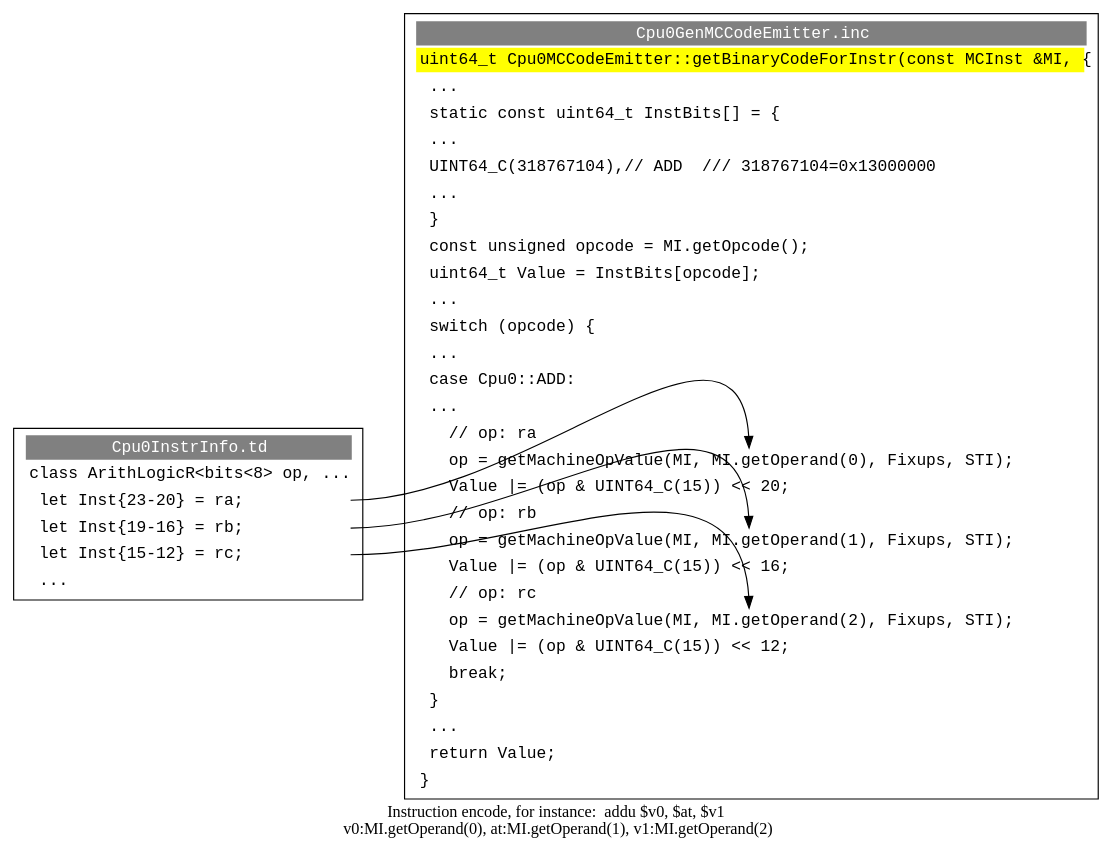
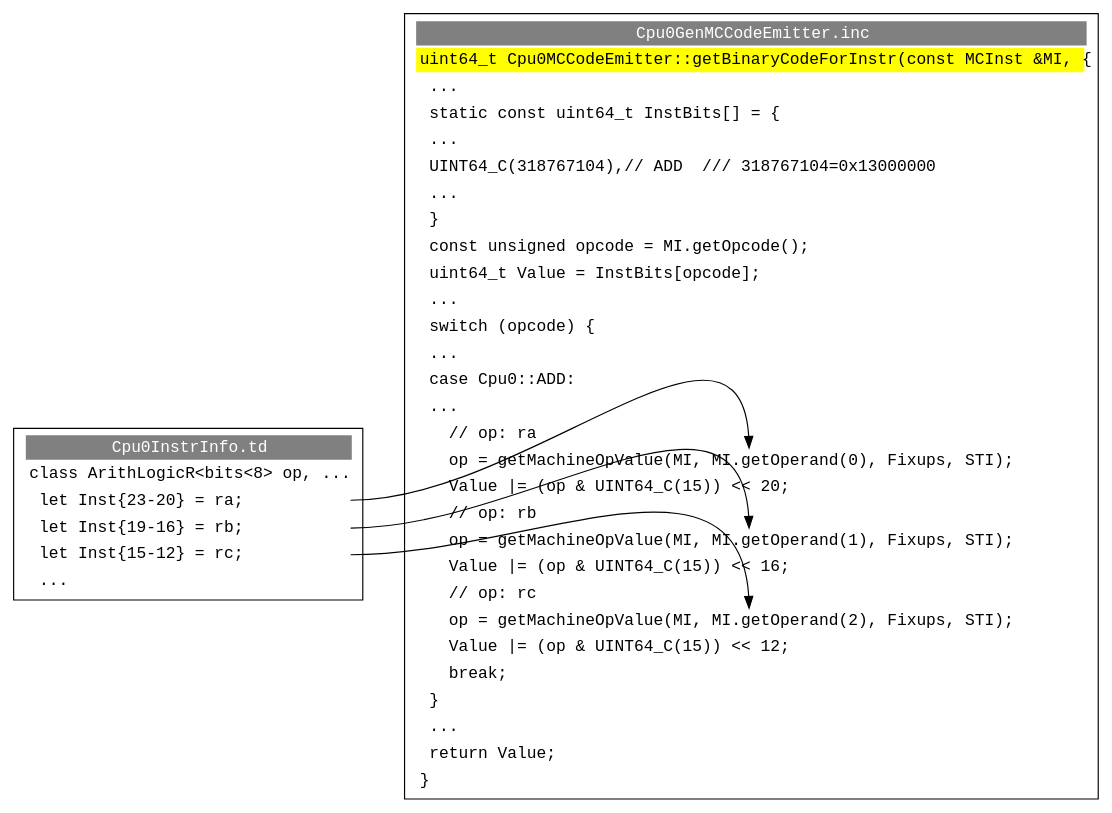
The diagram in Fig/genobj/getBinaryCodeForInstr.gv (Jonathan2251/lbd), drawn with Graphviz before and after one commit. The commit also changed 26 other files, not shown here.

```diff
--- a/Fig/genobj/getBinaryCodeForInstr.gv
+++ b/Fig/genobj/getBinaryCodeForInstr.gv
@@ -1,52 +1,52 @@
 digraph G {
   rankdir=LR;
   // graphviz uses &nn; to display control character, &#38; ascii 0x38 is '&', 0x60 is '<', 0x62 is '>'
   // when use port="f1", the shape cannot set to "Mrecord"
   getBinaryCodeForInstr [ penwidth = 1, fontname = "Courier New", shape = "rectangle", label =<<table border="0" cellborder="0" cellpadding="3" bgcolor="white">
     <tr><td bgcolor="grey" align="center" colspan="2"><font color="white">Cpu0GenMCCodeEmitter.inc</font></td></tr>
     <tr><td align="left" bgcolor="yellow" port="r0">uint64_t Cpu0MCCodeEmitter::getBinaryCodeForInstr(const MCInst &#38;MI, {</td></tr>
     <tr><td align="left">  ...</td></tr>
     <tr><td align="left">  static const uint64_t InstBits[] = {</td></tr>
     <tr><td align="left">  ...</td></tr>
     <tr><td align="left">  UINT64_C(318767104),	// ADD  /// 318767104=0x13000000</td></tr>
     <tr><td align="left">  ...</td></tr>
     <tr><td align="left">  }</td></tr>
     <tr><td align="left">  const unsigned opcode = MI.getOpcode();</td></tr>
     <tr><td align="left">  uint64_t Value = InstBits[opcode];</td></tr>
     <tr><td align="left">  ...</td></tr>
     <tr><td align="left">  switch (opcode) {</td></tr>
     <tr><td align="left">  ...</td></tr>
     <tr><td align="left">  case Cpu0::ADD:</td></tr>
     <tr><td align="left">  ...</td></tr>
     <tr><td align="left">    // op: ra</td></tr>
     <tr><td align="left" port="f1">    op = getMachineOpValue(MI, MI.getOperand(0), Fixups, STI);</td></tr>
     <tr><td align="left">    Value |= (op &#38; UINT64_C(15)) &#60;&#60; 20;</td></tr>
     <tr><td align="left">    // op: rb</td></tr>
     <tr><td align="left" port="f2">    op = getMachineOpValue(MI, MI.getOperand(1), Fixups, STI);</td></tr>
     <tr><td align="left">    Value |= (op &#38; UINT64_C(15)) &#60;&#60; 16;</td></tr>
     <tr><td align="left">    // op: rc</td></tr>
     <tr><td align="left" port="f3">    op = getMachineOpValue(MI, MI.getOperand(2), Fixups, STI);</td></tr>
     <tr><td align="left">    Value |= (op &#38; UINT64_C(15)) &#60;&#60; 12;</td></tr>
     <tr><td align="left">    break;</td></tr>
     <tr><td align="left">  }</td></tr>
     <tr><td align="left">  ...</td></tr>
     <tr><td align="left">  return Value;</td></tr>
     <tr><td align="left">}</td></tr>
     </table>> ];
     
   InstrTd [ penwidth = 1, fontname = "Courier New", shape = "rectangle", label =<<table border="0" cellborder="0" cellpadding="3" bgcolor="white">
     <tr><td bgcolor="grey" align="center" colspan="2"><font color="white">Cpu0InstrInfo.td</font></td></tr>
     <tr><td align="left">class ArithLogicR&#60;bits&#60;8&#62; op, ...</td></tr>
     <tr><td align="left" port="f1">  let Inst{23-20} = ra;</td></tr>
     <tr><td align="left" port="f2">  let Inst{19-16} = rb;</td></tr>
     <tr><td align="left" port="f3">  let Inst{15-12} = rc;</td></tr>
     <tr><td align="left">  ...</td></tr>
     </table>> ];
   
   
   InstrTd:f1:e -> getBinaryCodeForInstr:f1:n;
   InstrTd:f2:e -> getBinaryCodeForInstr:f2:n;
   InstrTd:f3:e -> getBinaryCodeForInstr:f3:n;
           
-  label = "Instruction encode, for instance:  addu $v0, $at, $v1\n  v0:MI.getOperand(0), at:MI.getOperand(1), v1:MI.getOperand(2)";
+//  label = "Instruction encode, for instance:  addu $v0, $at, $v1\n  v0:MI.getOperand(0), at:MI.getOperand(1), v1:MI.getOperand(2)";
 }
```
